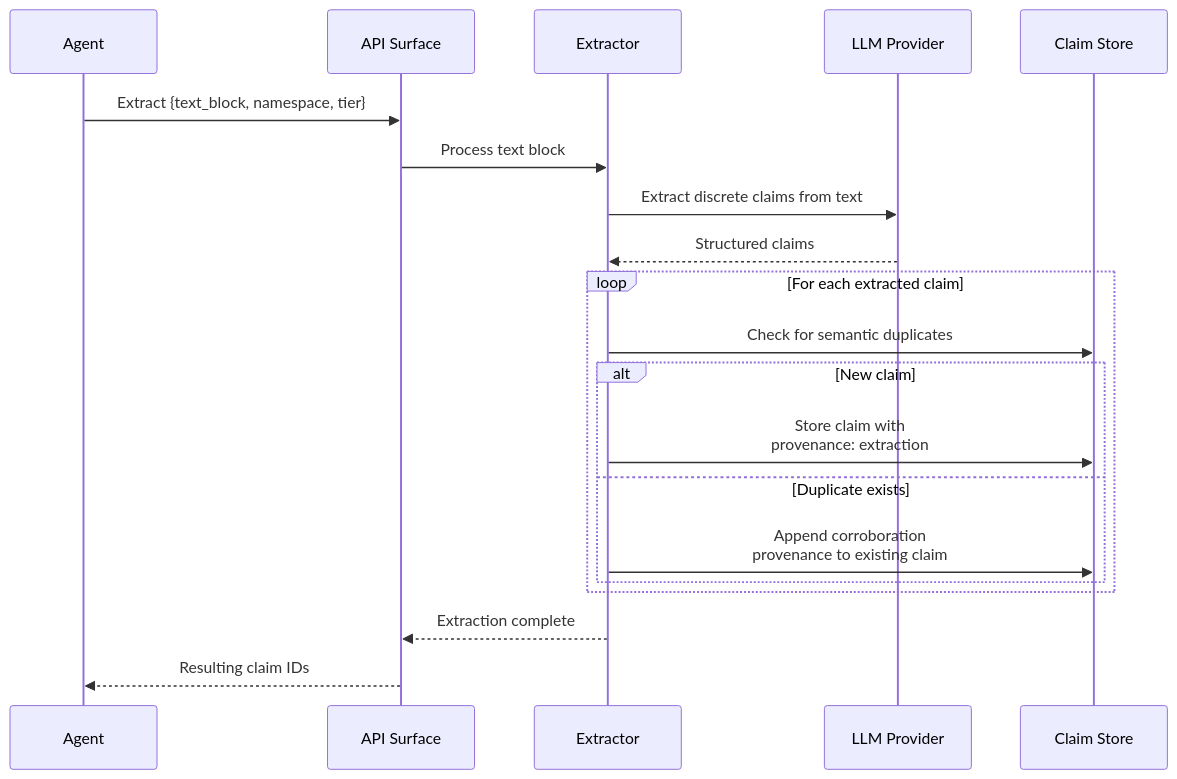
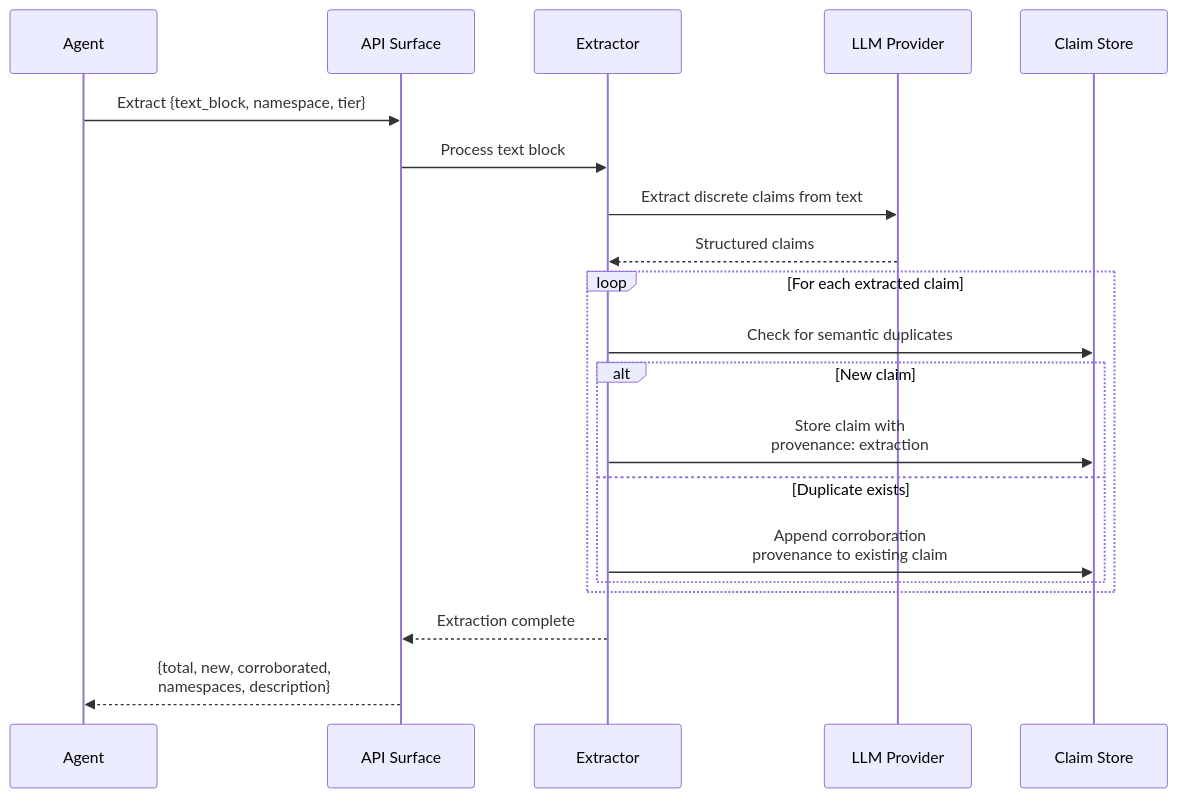
The eighth of 15 diagrams in docs/architecture/01-architecture.md (JDRay42/Boswell), drawn with Mermaid before and after one commit. The commit also changed other lines of this file and 1 other file, not shown here.

````diff
--- a/docs/architecture/01-architecture.md
+++ b/docs/architecture/01-architecture.md
@@ -178,25 +353,25 @@
 ```mermaid
 sequenceDiagram
     participant Agent
     participant API as API Surface
     participant EX as Extractor
     participant LLM as LLM Provider
     participant CS as Claim Store
 
     Agent->>API: Extract {text_block, namespace, tier}
     API->>EX: Process text block
     EX->>LLM: Extract discrete claims from text
     LLM-->>EX: Structured claims
 
     loop For each extracted claim
         EX->>CS: Check for semantic duplicates
         alt New claim
             EX->>CS: Store claim with<br/>provenance: extraction
         else Duplicate exists
             EX->>CS: Append corroboration<br/>provenance to existing claim
         end
     end
 
     EX-->>API: Extraction complete
-    API-->>Agent: Resulting claim IDs
+    API-->>Agent: {total, new, corroborated,<br/>namespaces, description}
 ```
````
